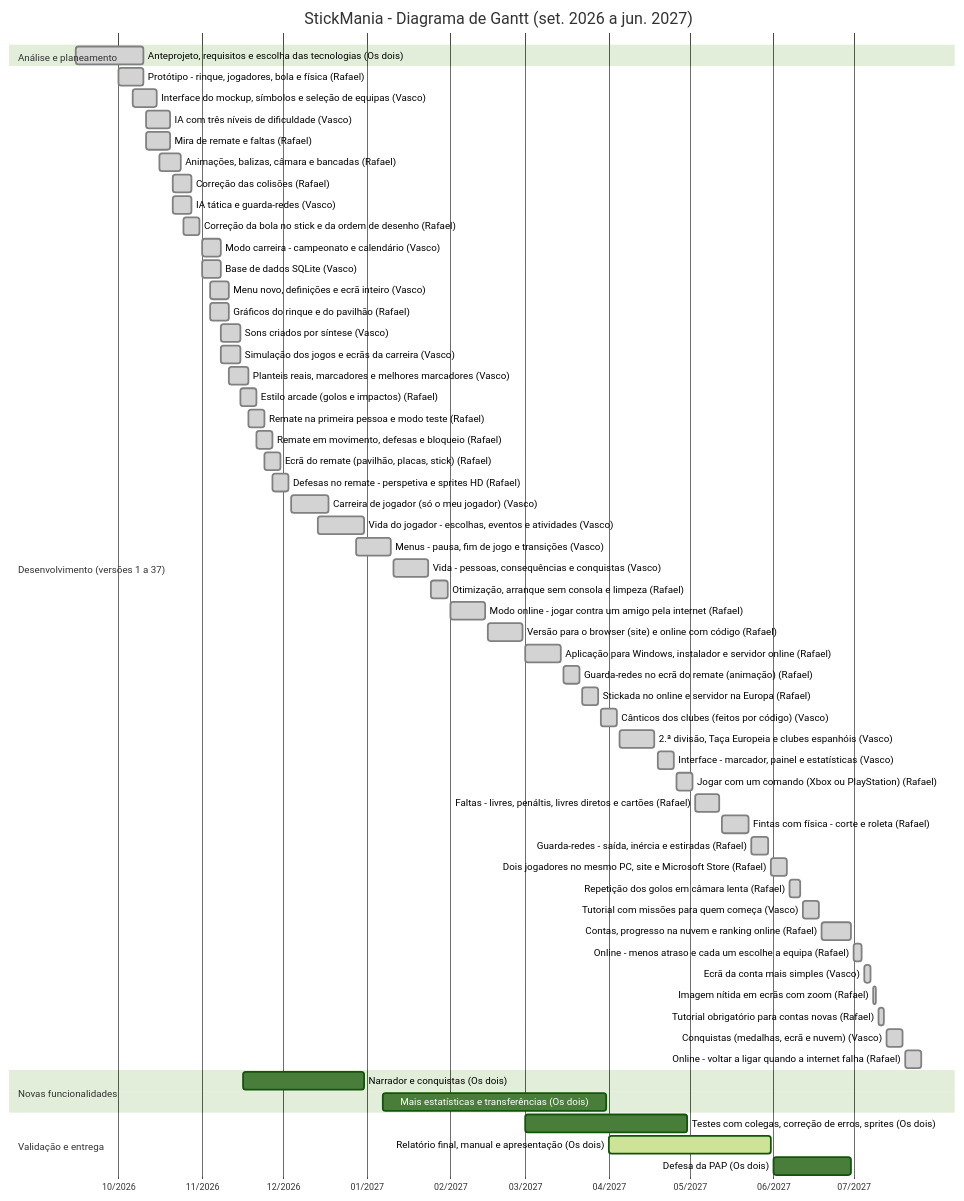
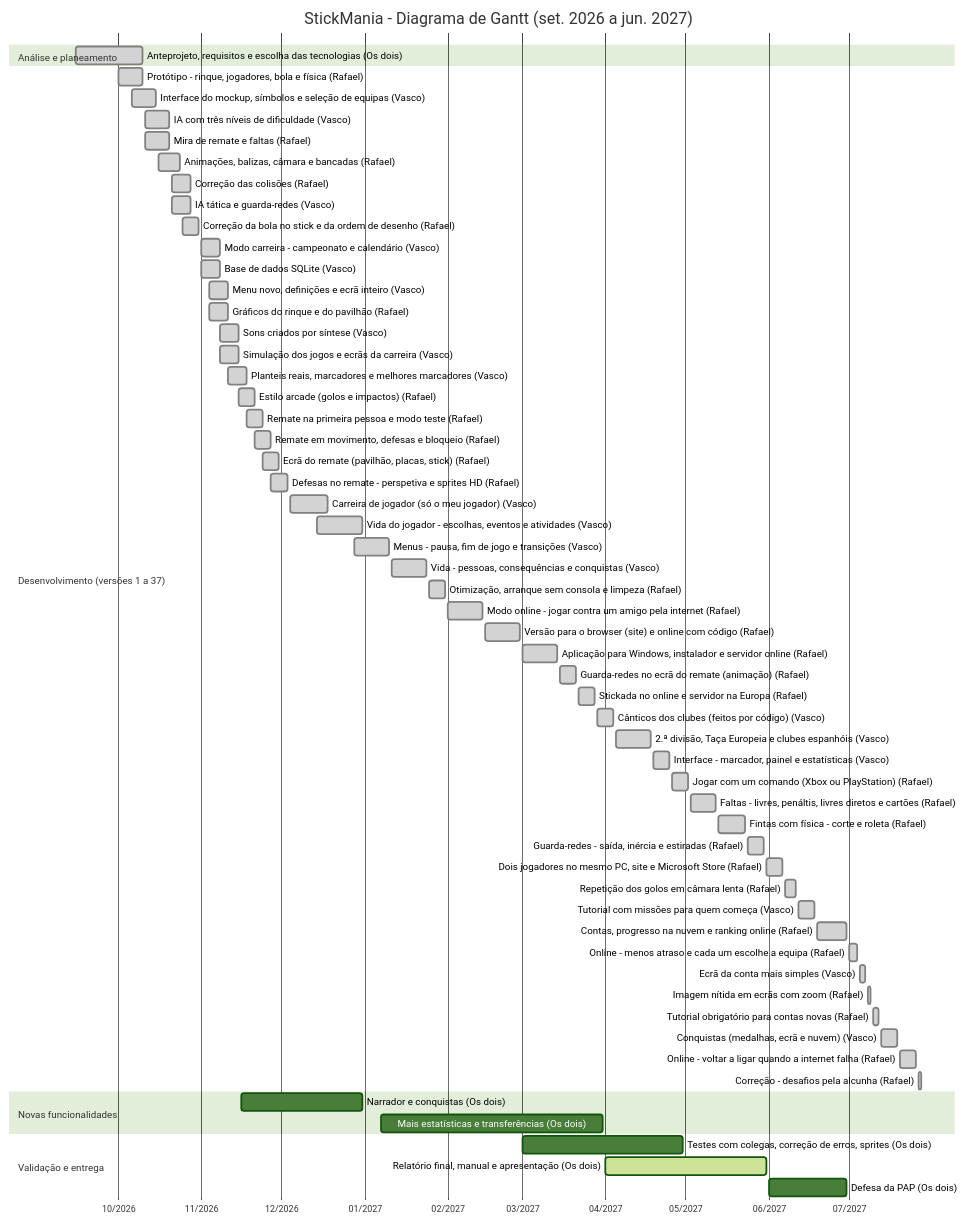
Before and after one commit to RafaelSilveira23/Stickmaniapap: the diagram in docs/GANTT.md, drawn with Mermaid (forest theme). The commit also changed other lines of this file and 18 other files, not shown here.

First line of the commit message:
Desafios pela alcunha: o convite chega sempre ao amigo (versao 48)

````diff
--- a/docs/GANTT.md
+++ b/docs/GANTT.md
@@ -13,65 +13,66 @@
 ```mermaid
 gantt
     title StickMania - Diagrama de Gantt (set. 2026 a jun. 2027)
     dateFormat YYYY-MM-DD
     axisFormat %m/%Y
     tickInterval 1month
     todayMarker off
     section Análise e planeamento
     Anteprojeto, requisitos e escolha das tecnologias (Os dois) :done, t1, 2026-09-15, 2026-10-10
     section Desenvolvimento (versões 1 a 37)
     Protótipo - rinque, jogadores, bola e física (Rafael) :done, t2, 2026-10-01, 2026-10-10
     Interface do mockup, símbolos e seleção de equipas (Vasco) :done, t3, 2026-10-06, 2026-10-15
     IA com três níveis de dificuldade (Vasco) :done, t4, 2026-10-11, 2026-10-20
     Mira de remate e faltas (Rafael) :done, t5, 2026-10-11, 2026-10-20
     Animações, balizas, câmara e bancadas (Rafael) :done, t6, 2026-10-16, 2026-10-24
     Correção das colisões (Rafael) :done, t7, 2026-10-21, 2026-10-28
     IA tática e guarda-redes (Vasco) :done, t8, 2026-10-21, 2026-10-28
     Correção da bola no stick e da ordem de desenho (Rafael) :done, t9, 2026-10-25, 2026-10-31
     Modo carreira - campeonato e calendário (Vasco) :done, t10, 2026-11-01, 2026-11-08
     Base de dados SQLite (Vasco) :done, t11, 2026-11-01, 2026-11-08
     Menu novo, definições e ecrã inteiro (Vasco) :done, t12, 2026-11-04, 2026-11-11
     Gráficos do rinque e do pavilhão (Rafael) :done, t13, 2026-11-04, 2026-11-11
     Sons criados por síntese (Vasco) :done, t14, 2026-11-08, 2026-11-15
     Simulação dos jogos e ecrãs da carreira (Vasco) :done, t15, 2026-11-08, 2026-11-15
     Planteis reais, marcadores e melhores marcadores (Vasco) :done, t16, 2026-11-11, 2026-11-18
     Estilo arcade (golos e impactos) (Rafael) :done, t17, 2026-11-15, 2026-11-21
     Remate na primeira pessoa e modo teste (Rafael) :done, t18, 2026-11-18, 2026-11-24
     Remate em movimento, defesas e bloqueio (Rafael) :done, t19, 2026-11-21, 2026-11-27
     Ecrã do remate (pavilhão, placas, stick) (Rafael) :done, t20, 2026-11-24, 2026-11-30
     Defesas no remate - perspetiva e sprites HD (Rafael) :done, t21, 2026-11-27, 2026-12-03
     Carreira de jogador (só o meu jogador) (Vasco) :done, t22, 2026-12-04, 2026-12-18
     Vida do jogador - escolhas, eventos e atividades (Vasco) :done, t23, 2026-12-14, 2026-12-31
     Menus - pausa, fim de jogo e transições (Vasco) :done, t24, 2026-12-28, 2027-01-10
     Vida - pessoas, consequências e conquistas (Vasco) :done, t25, 2027-01-11, 2027-01-24
     Otimização, arranque sem consola e limpeza (Rafael) :done, t26, 2027-01-25, 2027-01-31
     Modo online - jogar contra um amigo pela internet (Rafael) :done, t27, 2027-02-01, 2027-02-14
     Versão para o browser (site) e online com código (Rafael) :done, t28, 2027-02-15, 2027-02-28
     Aplicação para Windows, instalador e servidor online (Rafael) :done, t29, 2027-03-01, 2027-03-14
     Guarda-redes no ecrã do remate (animação) (Rafael) :done, t30, 2027-03-15, 2027-03-21
     Stickada no online e servidor na Europa (Rafael) :done, t31, 2027-03-22, 2027-03-28
     Cânticos dos clubes (feitos por código) (Vasco) :done, t32, 2027-03-29, 2027-04-04
     2.ª divisão, Taça Europeia e clubes espanhóis (Vasco) :done, t33, 2027-04-05, 2027-04-18
     Interface - marcador, painel e estatísticas (Vasco) :done, t34, 2027-04-19, 2027-04-25
     Jogar com um comando (Xbox ou PlayStation) (Rafael) :done, t35, 2027-04-26, 2027-05-02
     Faltas - livres, penáltis, livres diretos e cartões (Rafael) :done, t36, 2027-05-03, 2027-05-12
     Fintas com física - corte e roleta (Rafael) :done, t37, 2027-05-13, 2027-05-23
     Guarda-redes - saída, inércia e estiradas (Rafael) :done, t38, 2027-05-24, 2027-05-30
     Dois jogadores no mesmo PC, site e Microsoft Store (Rafael) :done, t39, 2027-05-31, 2027-06-06
     Repetição dos golos em câmara lenta (Rafael) :done, t40, 2027-06-07, 2027-06-11
     Tutorial com missões para quem começa (Vasco) :done, t41, 2027-06-12, 2027-06-18
     Contas, progresso na nuvem e ranking online (Rafael) :done, t42, 2027-06-19, 2027-06-30
     Online - menos atraso e cada um escolhe a equipa (Rafael) :done, t43, 2027-07-01, 2027-07-04
     Ecrã da conta mais simples (Vasco) :done, t44, 2027-07-05, 2027-07-07
     Imagem nítida em ecrãs com zoom (Rafael) :done, t45, 2027-07-08, 2027-07-09
     Tutorial obrigatório para contas novas (Rafael) :done, t46, 2027-07-10, 2027-07-12
     Conquistas (medalhas, ecrã e nuvem) (Vasco) :done, t47, 2027-07-13, 2027-07-19
     Online - voltar a ligar quando a internet falha (Rafael) :done, t48, 2027-07-20, 2027-07-26
+    Correção - desafios pela alcunha (Rafael) :done, t49, 2027-07-27, 2027-07-28
     section Novas funcionalidades
-    Narrador e conquistas (Os dois) :t49, 2026-11-16, 2026-12-31
-    Mais estatísticas e transferências (Os dois) :t50, 2027-01-07, 2027-03-31
+    Narrador e conquistas (Os dois) :t50, 2026-11-16, 2026-12-31
+    Mais estatísticas e transferências (Os dois) :t51, 2027-01-07, 2027-03-31
     section Validação e entrega
-    Testes com colegas, correção de erros, sprites (Os dois) :t51, 2027-03-01, 2027-04-30
-    Relatório final, manual e apresentação (Os dois) :active, t52, 2027-04-01, 2027-05-31
-    Defesa da PAP (Os dois) :t53, 2027-06-01, 2027-06-30
+    Testes com colegas, correção de erros, sprites (Os dois) :t52, 2027-03-01, 2027-04-30
+    Relatório final, manual e apresentação (Os dois) :active, t53, 2027-04-01, 2027-05-31
+    Defesa da PAP (Os dois) :t54, 2027-06-01, 2027-06-30
 ```
````
